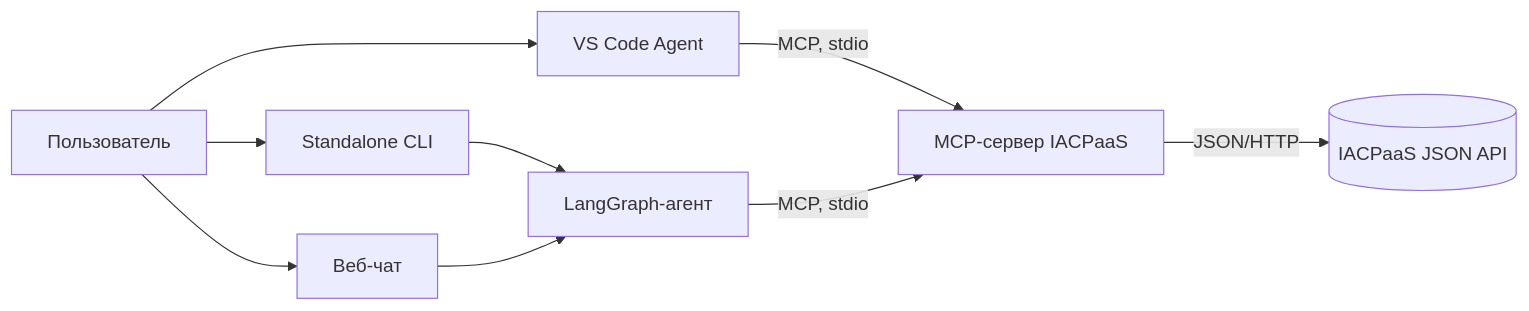
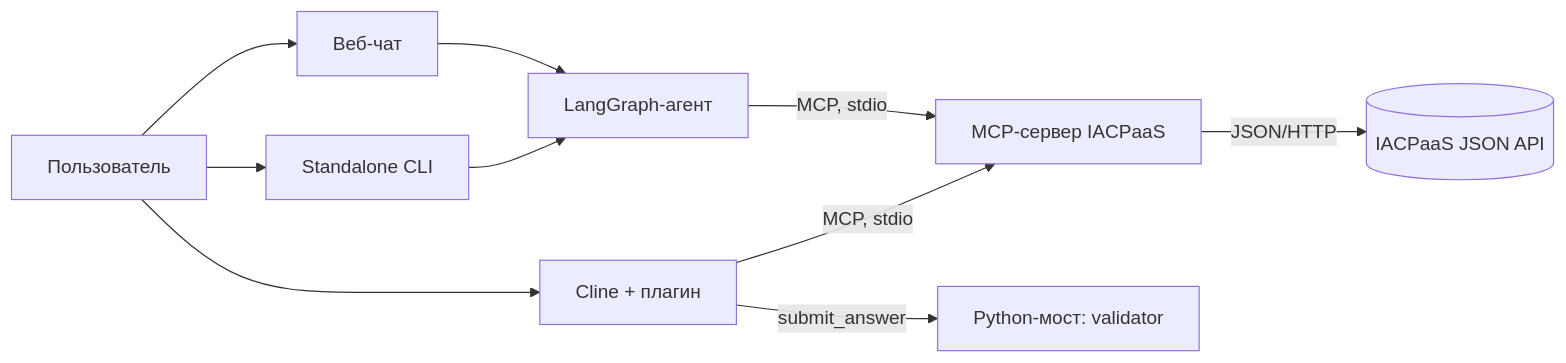
Before and after one commit to Mariositys/IACPaaS-MCP-Agent: the first of 2 diagrams in docs/architecture.md, drawn with Mermaid. The commit also changed other lines of this file and 11 other files, not shown here.

Commit message:
cline agent

````diff
--- a/docs/architecture.md
+++ b/docs/architecture.md
@@ -8,11 +8,12 @@
 ```mermaid
 flowchart LR
-  U[Пользователь] --> V[VS Code Agent]
+  U[Пользователь] --> V[Cline + плагин]
   U --> S[Standalone CLI]
   U --> W[Веб-чат]
   V -->|MCP, stdio| M[MCP-сервер IACPaaS]
+  V -->|submit_answer| B[Python-мост: validator]
   S --> A[LangGraph-агент]
   W --> A
   A -->|MCP, stdio| M
   M -->|JSON/HTTP| P[(IACPaaS JSON API)]
 ```
````
